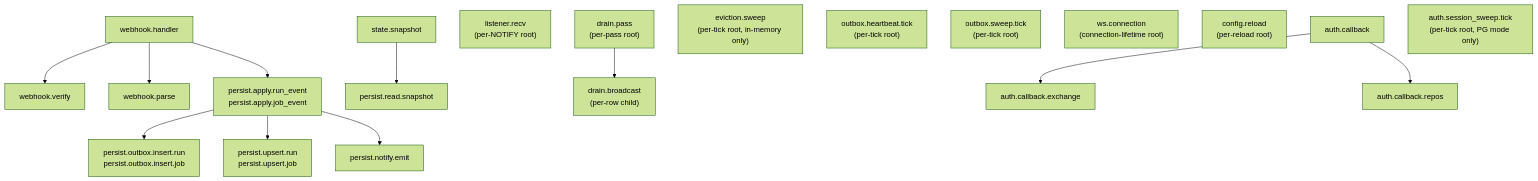
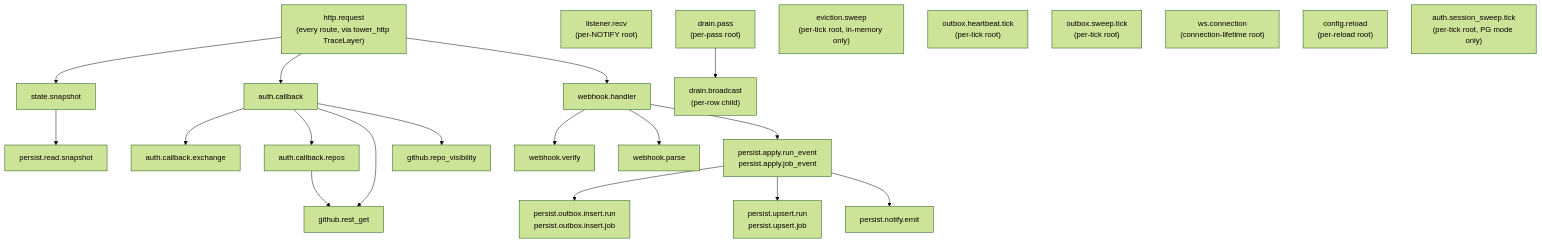
One commit to bojanrajkovic/atc changed the second of 2 diagrams in docs/architecture/metrics.md. Above: the diagram before and after it, drawn with Mermaid (forest theme). The commit also changed other lines of this file and 21 other files, not shown here.

````diff
--- a/docs/architecture/metrics.md
+++ b/docs/architecture/metrics.md
@@ -413,35 +418,44 @@
 ```mermaid
 flowchart TD
+    HR["http.request\n(every route, via tower_http TraceLayer)"]
     WH["webhook.handler"]
     WV["webhook.verify"]
     WP["webhook.parse"]
     PAR["persist.apply.run_event\npersist.apply.job_event"]
     POR["persist.outbox.insert.run\npersist.outbox.insert.job"]
     PUR["persist.upsert.run\npersist.upsert.job"]
     PNE["persist.notify.emit"]
     SS["state.snapshot"]
     PRS["persist.read.snapshot"]
     LR["listener.recv\n(per-NOTIFY root)"]
     DP["drain.pass\n(per-pass root)"]
     DB["drain.broadcast\n(per-row child)"]
     ES["eviction.sweep\n(per-tick root, in-memory only)"]
     OH["outbox.heartbeat.tick\n(per-tick root)"]
     OS["outbox.sweep.tick\n(per-tick root)"]
     WC["ws.connection\n(connection-lifetime root)"]
     CR["config.reload\n(per-reload root)"]
     AC["auth.callback"]
     ACE["auth.callback.exchange"]
     ACR["auth.callback.repos"]
     ASS["auth.session_sweep.tick\n(per-tick root, PG mode only)"]
+    GRG["github.rest_get"]
+    GRV["github.repo_visibility"]
 
+    HR --> SS
+    HR --> AC
+    HR --> WH
     WH --> WV
     WH --> WP
     WH --> PAR
     PAR --> POR
     PAR --> PUR
     PAR --> PNE
     SS --> PRS
     DP --> DB
     AC --> ACE
     AC --> ACR
+    AC --> GRG
+    ACR --> GRG
+    AC --> GRV
 ```
````
